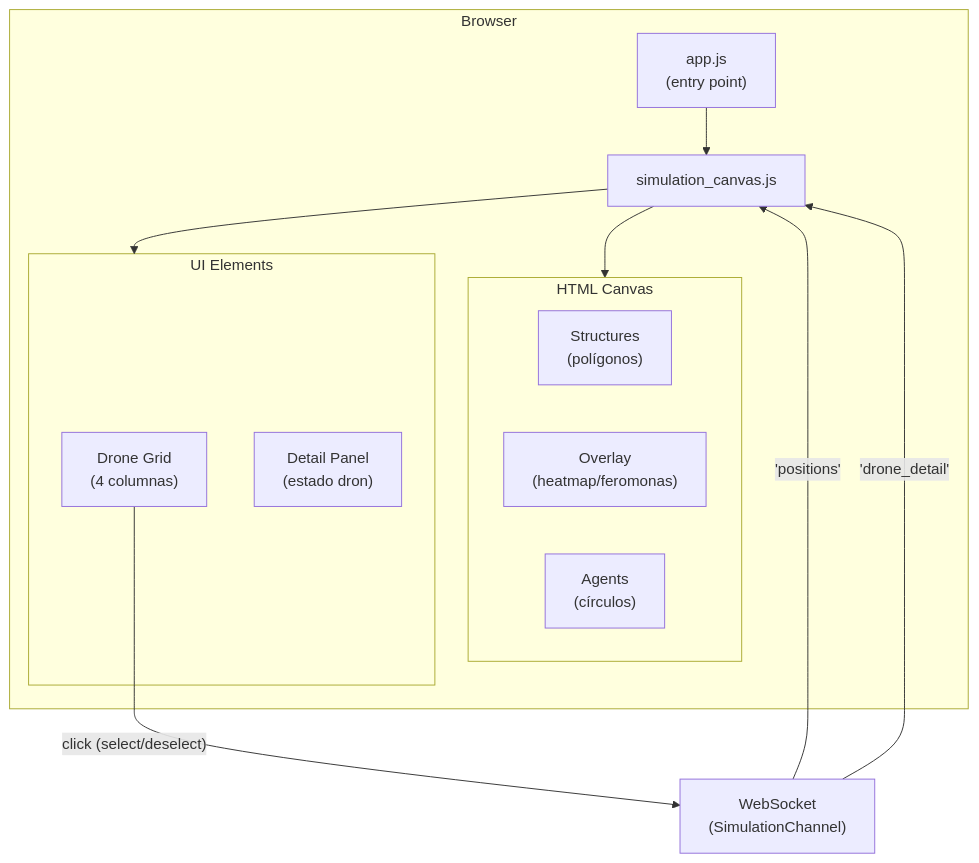
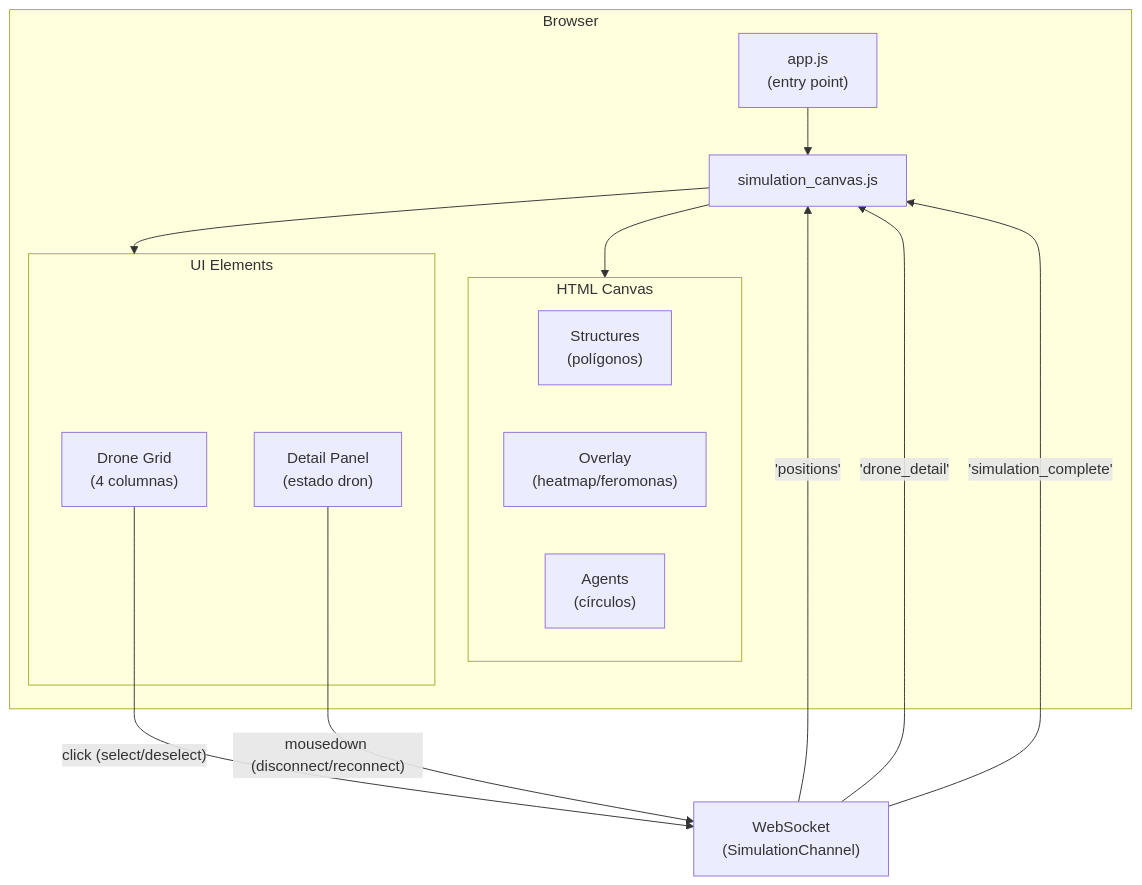
The diagram in docs/web/frontend.md (FLAGlab/Elixir-Swarm-Simulator), drawn with Mermaid before and after one commit. The commit also changed other lines of this file and 15 other files, not shown here.

````diff
--- a/docs/web/frontend.md
+++ b/docs/web/frontend.md
@@ -14,27 +14,29 @@
 ```mermaid
 flowchart TD
     subgraph Browser
         App["app.js\n(entry point)"]
         SC["simulation_canvas.js"]
 
         subgraph Canvas["HTML Canvas"]
             Structures["Structures\n(polígonos)"]
             Overlay["Overlay\n(heatmap/feromonas)"]
             Agents["Agents\n(círculos)"]
         end
 
         subgraph UI["UI Elements"]
             Grid["Drone Grid\n(4 columnas)"]
             Detail["Detail Panel\n(estado dron)"]
         end
     end
 
     WS["WebSocket\n(SimulationChannel)"]
 
     App --> SC
     WS -- "'positions'" --> SC
     WS -- "'drone_detail'" --> SC
+    WS -- "'simulation_complete'" --> SC
     SC --> Canvas
     SC --> UI
     Grid -- "click (select/deselect)" --> WS
+    Detail -- "mousedown (disconnect/reconnect)" --> WS
 ```
````
